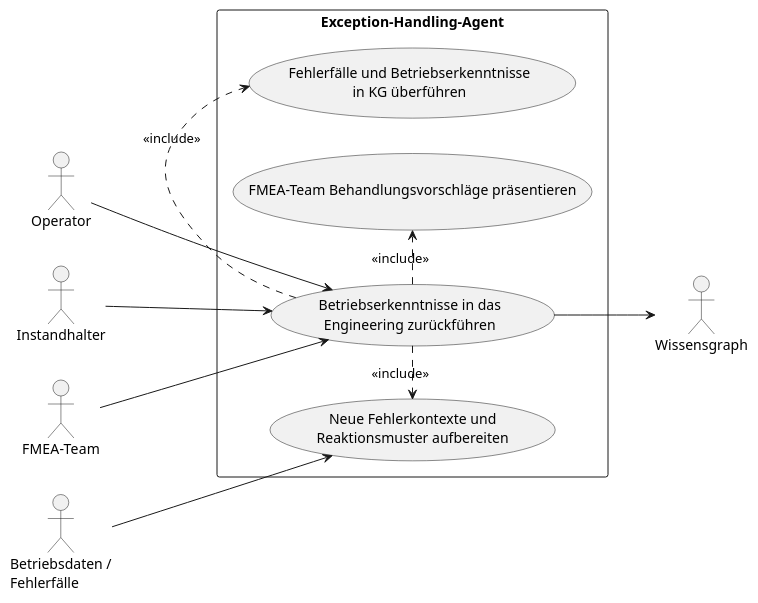
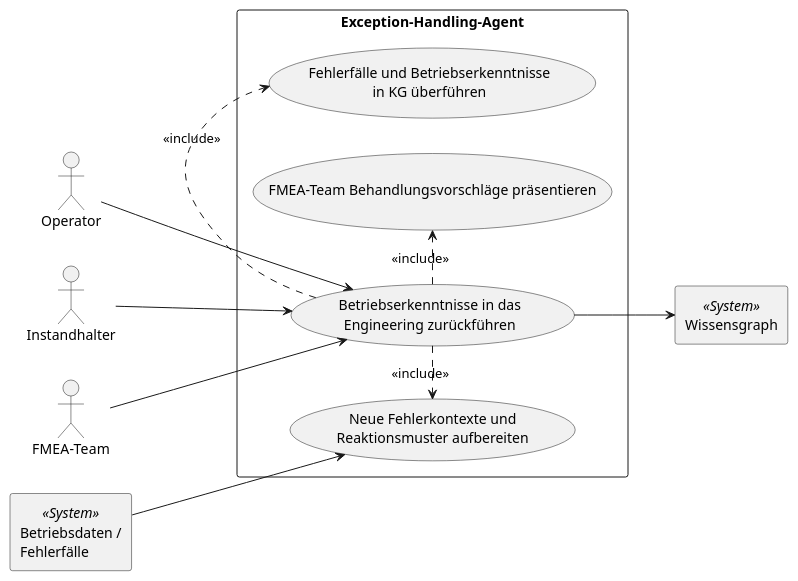
One commit to verkal1999/Agent_Test changed the diagram in UML-Diagrams/Use_Cases/Engineering/UC_E6.plantuml. Above: the diagram before and after it, drawn with PlantUML. The commit also changed 56 other files, not shown here.

```diff
--- a/UML-Diagrams/Use_Cases/Engineering/UC_E6.plantuml
+++ b/UML-Diagrams/Use_Cases/Engineering/UC_E6.plantuml
@@ -1,28 +1,28 @@
 @startuml
 left to right direction
 skinparam packageStyle rectangle
 skinparam shadowing false
 
 actor "Operator" as OP
 actor "Instandhalter" as IH
 actor "FMEA-Team" as FMEA
-actor "Betriebsdaten /\nFehlerfälle" as OPS
-actor "Wissensgraph" as KG
+rectangle "Betriebsdaten /\nFehlerfälle" <<System>> as OPS
+rectangle "Wissensgraph" <<System>> as KG
 
 rectangle "Exception-Handling-Agent" {
   usecase "Betriebserkenntnisse in das\nEngineering zurückführen" as UC6
   usecase "Neue Fehlerkontexte und\nReaktionsmuster aufbereiten" as UC6a
   usecase "Fehlerfälle und Betriebserkenntnisse\nin KG überführen" as UC6b
   usecase "FMEA-Team Behandlungsvorschläge präsentieren" as UC6c
 }
 
 OP --> UC6
 IH --> UC6
 FMEA --> UC6
 OPS --> UC6a
 UC6 --> KG
 
 UC6 .> UC6a : <<include>>
 UC6 .> UC6b : <<include>>
 UC6 .> UC6c : <<include>>
 @enduml
```
